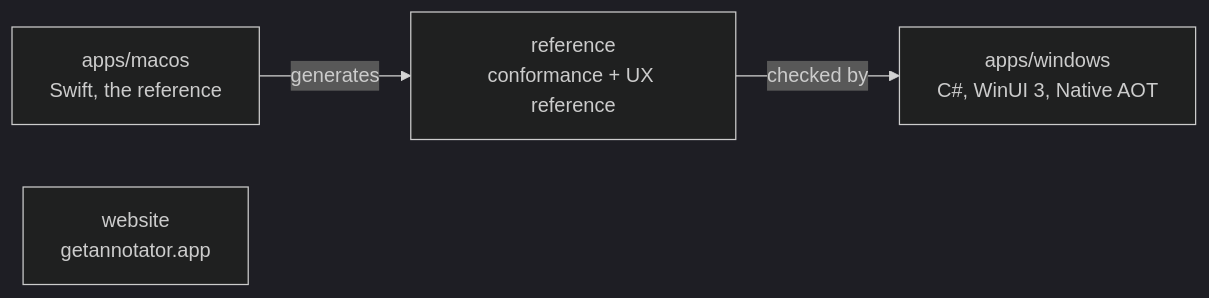
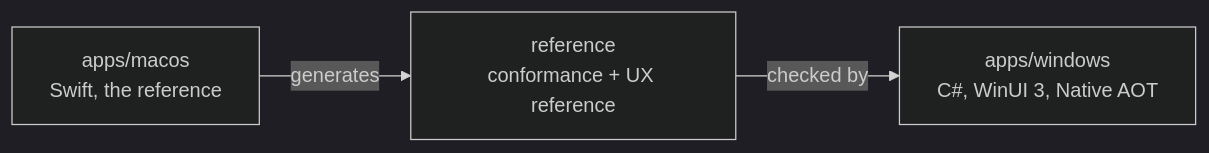
Before and after one commit to dorlugasigal/annotator: the diagram in README.md, drawn with Mermaid (dark theme).

Commit message:
README: keep the build diagram to the two apps

````diff
--- a/README.md
+++ b/README.md
@@ -123,6 +123,5 @@
 ```mermaid
 flowchart LR
   mac["apps/macos<br>Swift, the reference"] -- generates --> ref["reference<br>conformance + UX reference"]
   ref -- checked by --> win["apps/windows<br>C#, WinUI 3, Native AOT"]
-  site["website<br>getannotator.app"]
 ```
````
